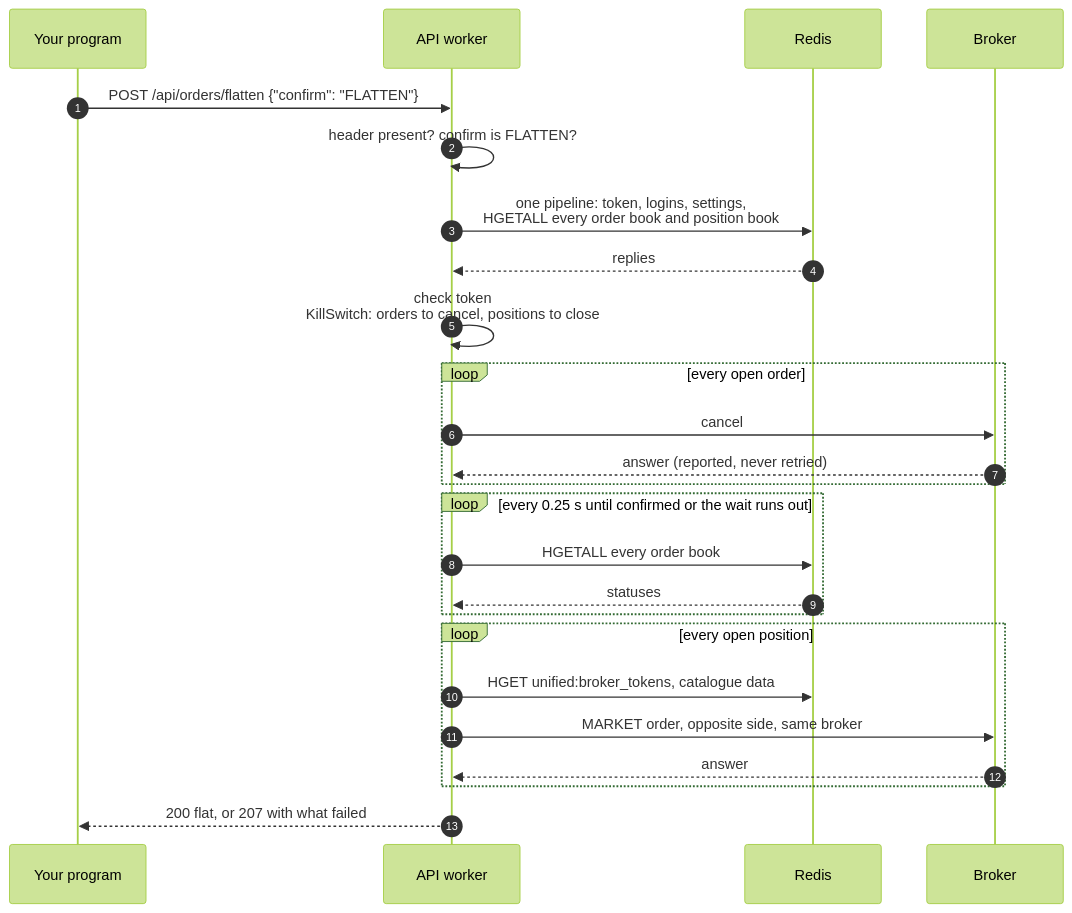
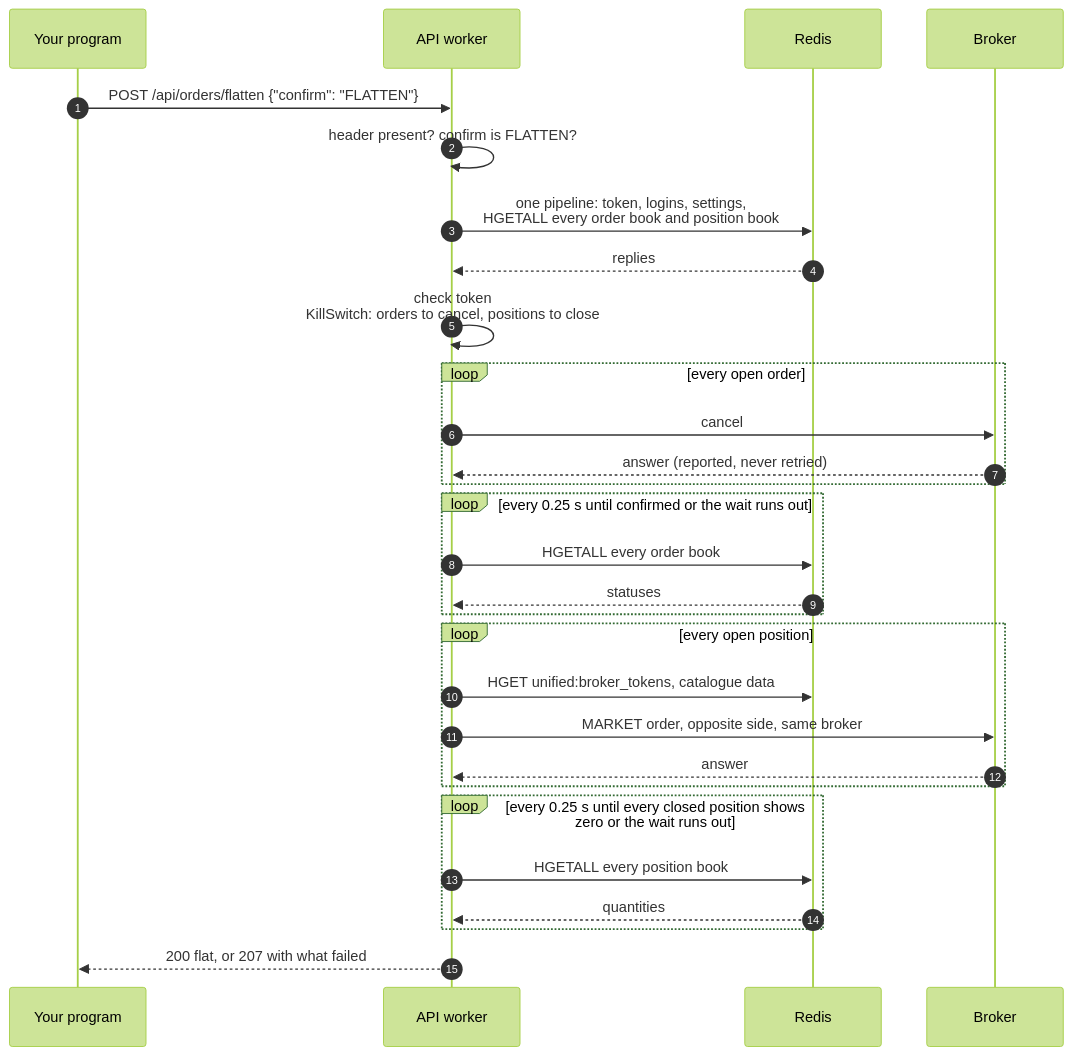
One commit to pramodathani/unified_broker_interface changed the diagram in docs/rest-api/flatten.md. Above: the diagram before and after it, drawn with Mermaid (forest theme). The commit also changed other lines of this file and 7 other files, not shown here.

````diff
--- a/docs/rest-api/flatten.md
+++ b/docs/rest-api/flatten.md
@@ -248,27 +276,31 @@
 ```mermaid
 sequenceDiagram
     autonumber
     participant C as Your program
     participant A as API worker
     participant R as Redis
     participant B as Broker
     C->>A: POST /api/orders/flatten {"confirm": "FLATTEN"}
     A->>A: header present? confirm is FLATTEN?
     A->>R: one pipeline: token, logins, settings,<br/>HGETALL every order book and position book
     R-->>A: replies
     A->>A: check token<br/>KillSwitch: orders to cancel, positions to close
     loop every open order
         A->>B: cancel
         B-->>A: answer (reported, never retried)
     end
     loop every 0.25 s until confirmed or the wait runs out
         A->>R: HGETALL every order book
         R-->>A: statuses
     end
     loop every open position
         A->>R: HGET unified:broker_tokens, catalogue data
         A->>B: MARKET order, opposite side, same broker
         B-->>A: answer
     end
+    loop every 0.25 s until every closed position shows zero or the wait runs out
+        A->>R: HGETALL every position book
+        R-->>A: quantities
+    end
     A-->>C: 200 flat, or 207 with what failed
 ```
````
